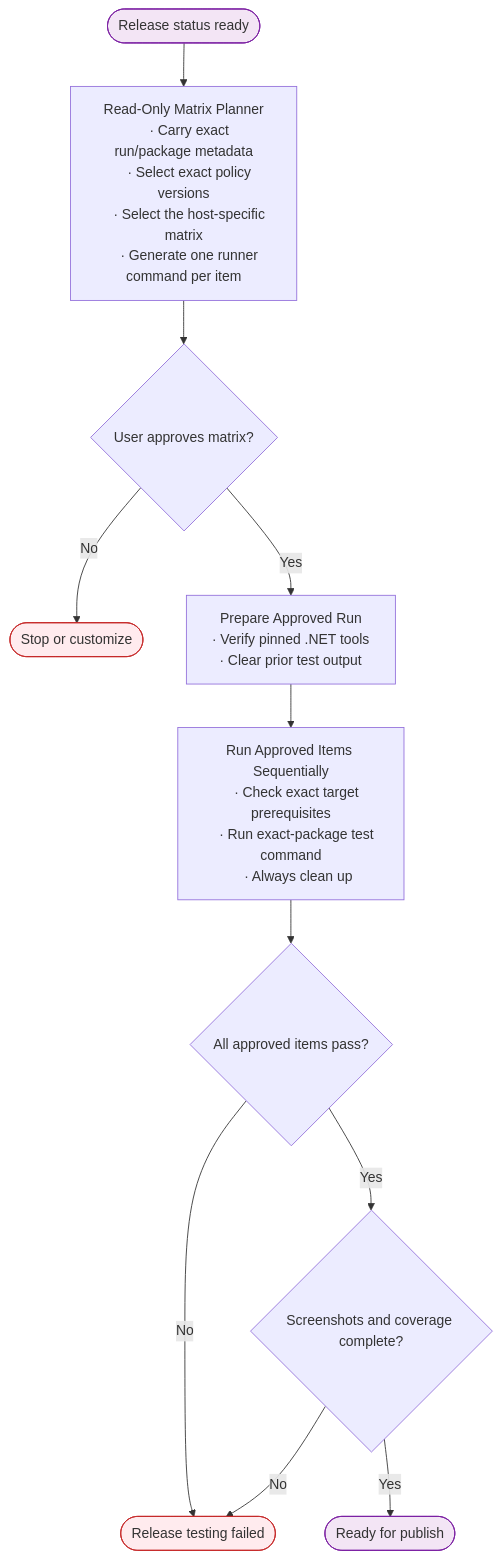
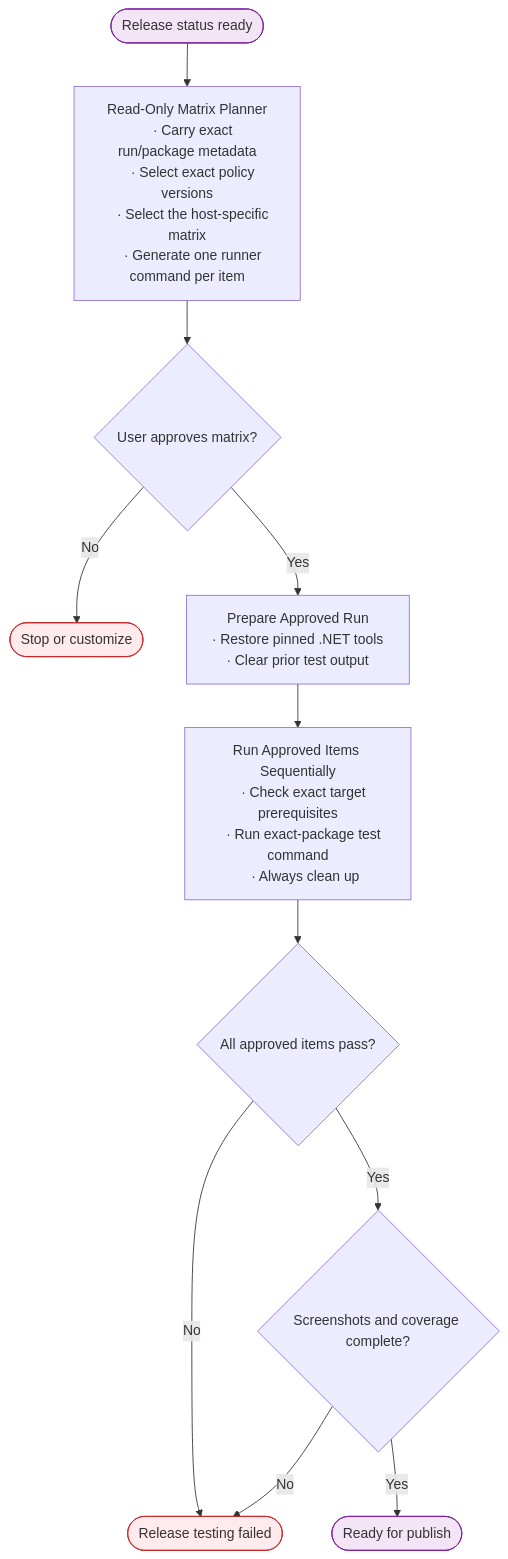
The second of 4 diagrams in documentation/dev/releasing.md (mono/SkiaSharp), drawn with Mermaid before and after one commit. The commit also changed other lines of this file and 1 other file, not shown here.

````diff
--- a/documentation/dev/releasing.md
+++ b/documentation/dev/releasing.md
@@ -191,35 +191,35 @@
 ```mermaid
 flowchart TB
     START([Release status ready]) --> PLAN
 
     PLAN["Read-Only Matrix Planner
     ∙ Carry exact run/package metadata
     ∙ Select exact policy versions
     ∙ Select the host-specific matrix
     ∙ Generate one runner command per item"]
 
     PLAN --> APPROVE{User approves matrix?}
     APPROVE -->|No| STOP([Stop or customize])
     APPROVE -->|Yes| PREPARE
 
     PREPARE["Prepare Approved Run
-    ∙ Verify pinned .NET tools
+    ∙ Restore pinned .NET tools
     ∙ Clear prior test output"]
 
     PREPARE --> TESTS
     TESTS["Run Approved Items Sequentially
     ∙ Check exact target prerequisites
     ∙ Run exact-package test command
     ∙ Always clean up"]
 
     TESTS --> RESULT{All approved items pass?}
     RESULT -->|No| FAIL([Release testing failed])
     RESULT -->|Yes| ARTIFACTS{Screenshots and coverage complete?}
     ARTIFACTS -->|No| FAIL
     ARTIFACTS -->|Yes| READY([Ready for publish])
 
     classDef error fill:#ffebee,stroke:#c62828
     classDef endpoint fill:#f3e5f5,stroke:#7b1fa2
     class STOP,FAIL error
     class START,READY endpoint
 ```
````
